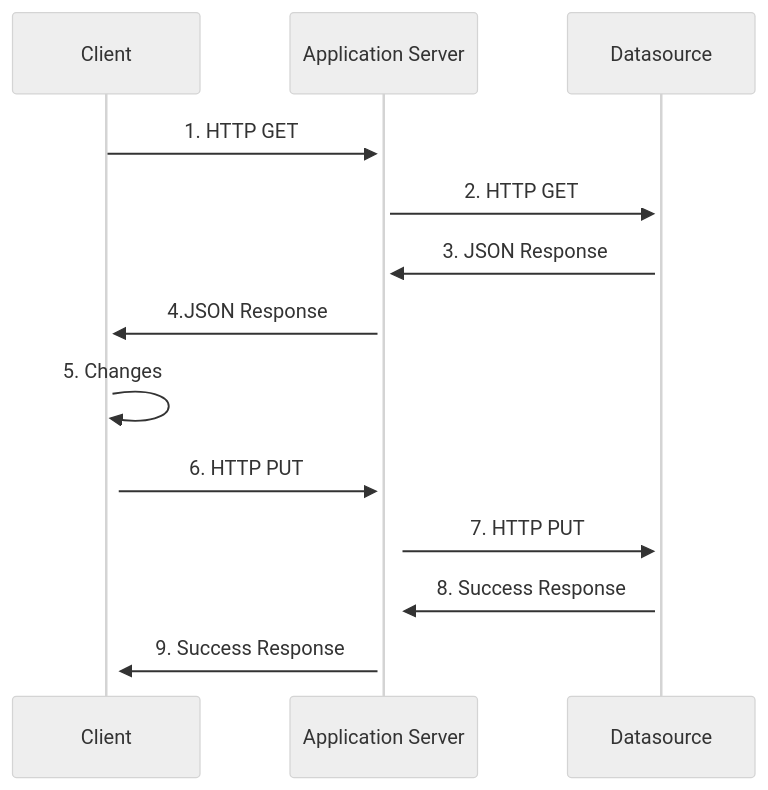
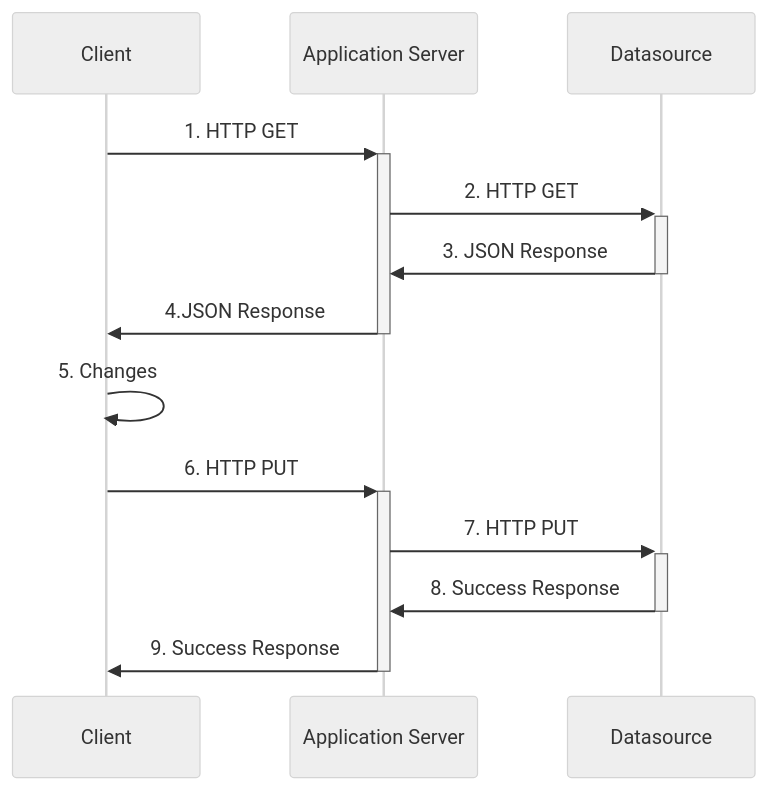
One commit to GiovaniPM/DMNTests changed the diagram in sequenceDiagram.mmd. Above: the diagram before and after it, drawn with Mermaid (neutral theme). The commit also changed 1 other file, not shown here.

```diff
--- a/sequenceDiagram.mmd
+++ b/sequenceDiagram.mmd
@@ -1,10 +1,10 @@
 sequenceDiagram
     Client->>+Application Server: 1. HTTP GET
     Application Server->>+Datasource: 2. HTTP GET
-    Datasource->>+Application Server: 3. JSON Response
-    Application Server->>+Client: 4.JSON Response
-    Client->>+Client: 5. Changes
+    Datasource->>-Application Server: 3. JSON Response
+    Application Server->>-Client: 4.JSON Response
+    Client->>Client: 5. Changes
     Client->>+Application Server: 6. HTTP PUT
     Application Server->>+Datasource: 7. HTTP PUT
-    Datasource->>+Application Server: 8. Success Response
-    Application Server->>+Client: 9. Success Response
+    Datasource->>-Application Server: 8. Success Response
+    Application Server->>-Client: 9. Success Response
```
